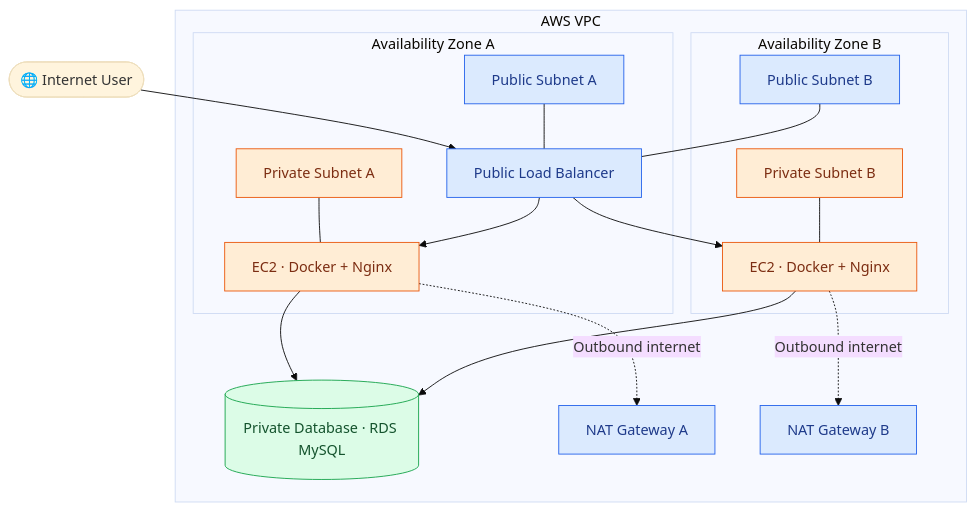
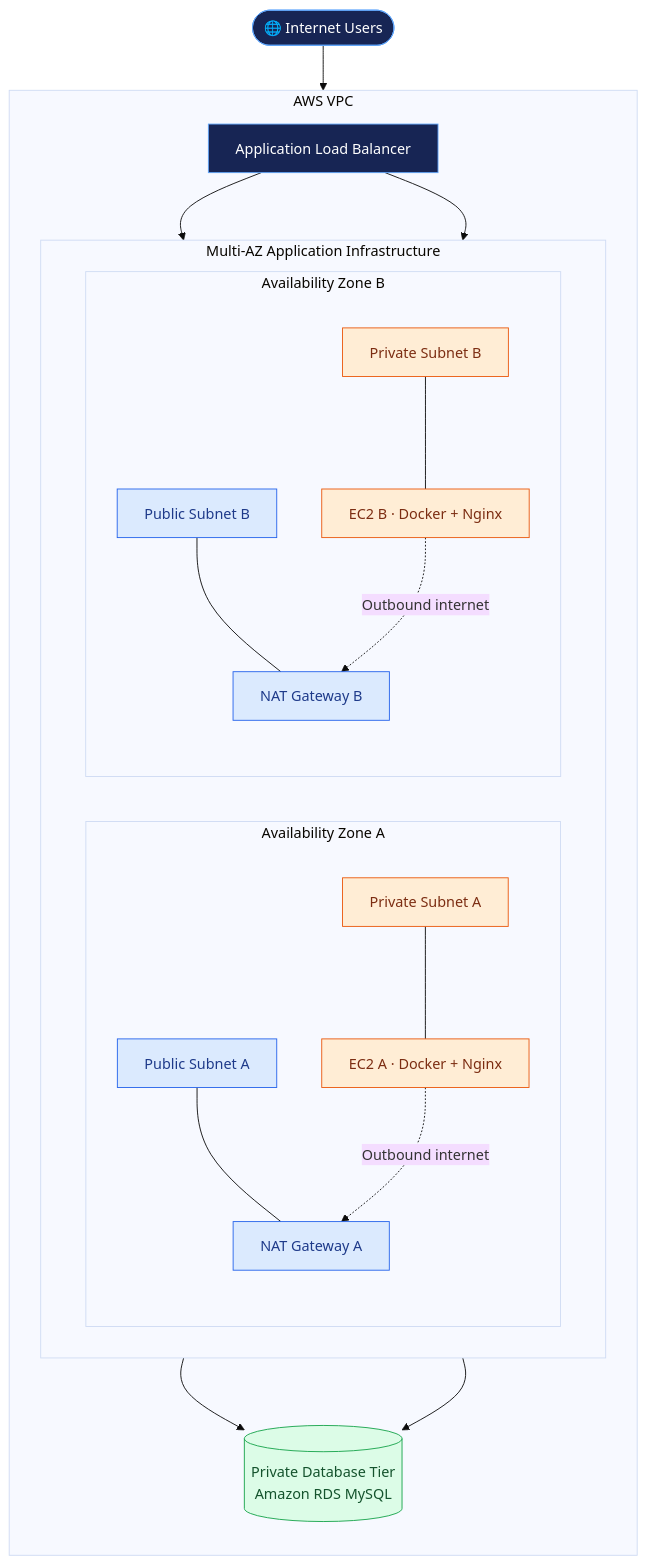
One commit to devops-portfolio-vijay/terraform-aws-2tier-architecture changed the diagram in README.md. Above: the diagram before and after it, drawn with Mermaid (base theme). The commit also changed other lines of this file, not shown here.

````diff
--- a/README.md
+++ b/README.md
@@ -7,44 +7,57 @@
 ```mermaid
-flowchart TD
-    U(["🌐 Internet User"])
-    ALB["Public Load Balancer"]
+flowchart TB
+    USER(["🌐 Internet Users"])
+    ALB["Application Load Balancer"]
 
-    U --> ALB
+    USER --> ALB
 
     subgraph VPC["AWS VPC"]
-        subgraph AZ1["Availability Zone A"]
-            PUB1["Public Subnet A"]
-            PRIV1["Private Subnet A"]
-            EC2A["EC2 · Docker + Nginx"]
-            PUB1 --- ALB
-            PRIV1 --- EC2A
+        direction TB
+
+        subgraph AZS["Multi-AZ Application Infrastructure"]
+            direction LR
+
+            subgraph AZA["Availability Zone A"]
+                direction TB
+                PA["Public Subnet A"]
+                NA["NAT Gateway A"]
+                PVA["Private Subnet A"]
+                EA["EC2 A · Docker + Nginx"]
+
+                PA --- NA
+                PVA --- EA
+            end
+
+            subgraph AZB["Availability Zone B"]
+                direction TB
+                PB["Public Subnet B"]
+                NB["NAT Gateway B"]
+                PVB["Private Subnet B"]
+                EB["EC2 B · Docker + Nginx"]
+
+                PB --- NB
+                PVB --- EB
+            end
         end
 
-        subgraph AZ2["Availability Zone B"]
-            PUB2["Public Subnet B"]
-            PRIV2["Private Subnet B"]
-            EC2B["EC2 · Docker + Nginx"]
-            PUB2 --- ALB
-            PRIV2 --- EC2B
-        end
+        DB[("Private Database Tier<br/>Amazon RDS MySQL")]
 
-        DB[("Private Database · RDS MySQL")]
-        NAT1["NAT Gateway A"]
-        NAT2["NAT Gateway B"]
+        ALB --> EA
+        ALB --> EB
+        EA --> DB
+        EB --> DB
 
-        ALB --> EC2A
-        ALB --> EC2B
-        EC2A --> DB
-        EC2B --> DB
-        EC2A -. "Outbound internet" .-> NAT1
-        EC2B -. "Outbound internet" .-> NAT2
+        EA -. "Outbound internet" .-> NA
+        EB -. "Outbound internet" .-> NB
     end
 
-    classDef public fill:#dbeafe,stroke:#2563eb,color:#1e3a8a
-    classDef private fill:#ffedd5,stroke:#ea580c,color:#7c2d12
-    classDef database fill:#dcfce7,stroke:#16a34a,color:#14532d
+    classDef internet fill:#172554,color:#ffffff,stroke:#60a5fa
+    classDef public fill:#dbeafe,color:#1e3a8a,stroke:#2563eb
+    classDef private fill:#ffedd5,color:#7c2d12,stroke:#ea580c
+    classDef database fill:#dcfce7,color:#14532d,stroke:#16a34a
 
-    class ALB,PUB1,PUB2,NAT1,NAT2 public
-    class PRIV1,PRIV2,EC2A,EC2B private
+    class USER,ALB internet
+    class PA,PB,NA,NB public
+    class PVA,PVB,EA,EB private
     class DB database
 ```
````
